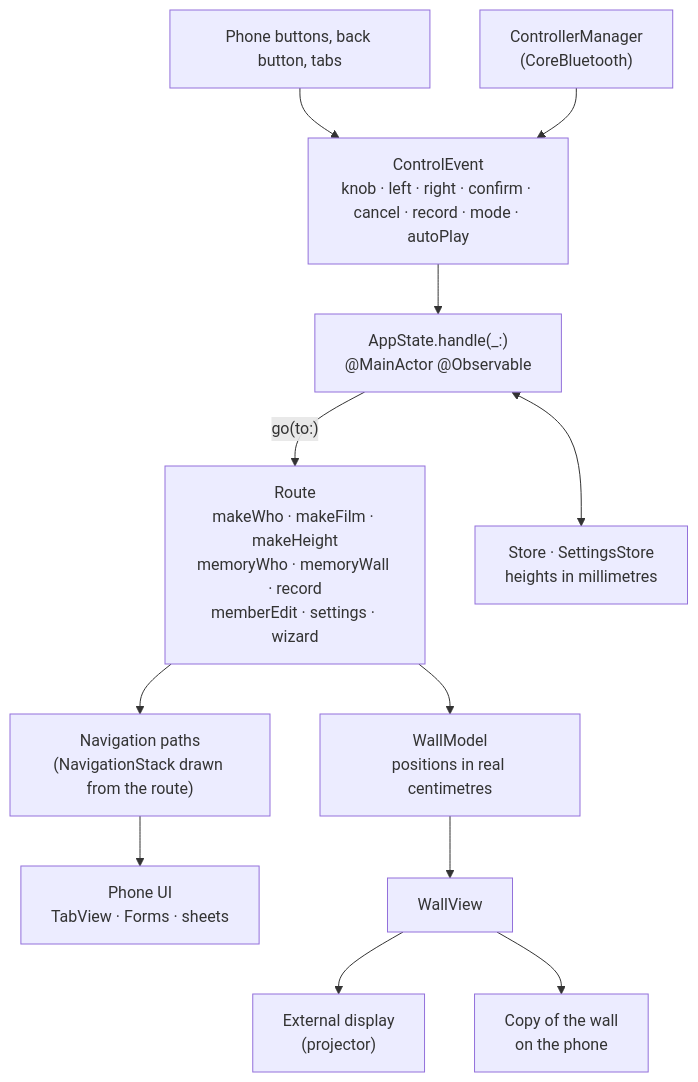
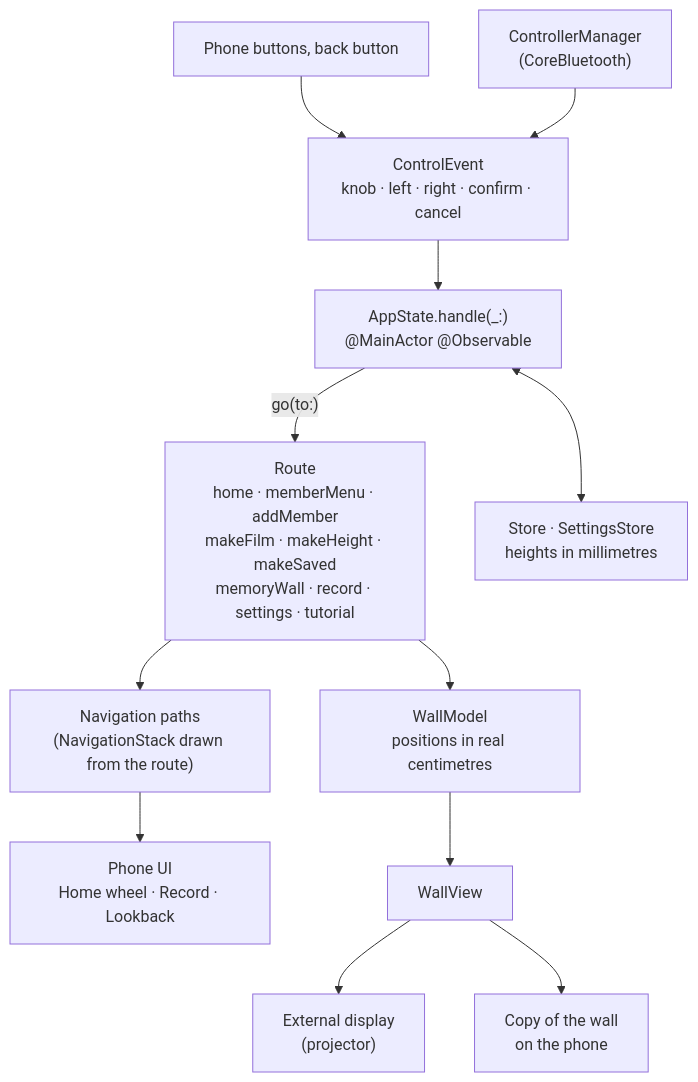
The second of 3 diagrams in README.md (chaneeii/HeightRitual), drawn with Mermaid before and after one commit. The commit also changed other lines of this file and 1 other file, not shown here.

Commit message:
README for the new design: Home wheel, Record and Lookback, v4 controller

````diff
--- a/README.md
+++ b/README.md
@@ -85,15 +86,15 @@
 ```mermaid
 flowchart TB
-    Tap["Phone buttons, back button, tabs"] --> E
+    Tap["Phone buttons, back button"] --> E
     BLE["ControllerManager<br/>(CoreBluetooth)"] --> E
-    E["ControlEvent<br/>knob · left · right · confirm · cancel · record · mode · autoPlay"]
+    E["ControlEvent<br/>knob · left · right · confirm · cancel"]
     E --> S["AppState.handle(_:)<br/>@MainActor @Observable"]
-    S -- "go(to:)" --> R["Route<br/>makeWho · makeFilm · makeHeight<br/>memoryWho · memoryWall · record<br/>memberEdit · settings · wizard"]
+    S -- "go(to:)" --> R["Route<br/>home · memberMenu · addMember<br/>makeFilm · makeHeight · makeSaved<br/>memoryWall · record · settings · tutorial"]
     R --> N["Navigation paths<br/>(NavigationStack drawn from the route)"]
     R --> WM["WallModel<br/>positions in real centimetres"]
-    N --> PhoneUI["Phone UI<br/>TabView · Forms · sheets"]
+    N --> PhoneUI["Phone UI<br/>Home wheel · Record · Lookback"]
     WM --> WallView["WallView"]
     WallView --> Ext["External display<br/>(projector)"]
     WallView --> Copy["Copy of the wall<br/>on the phone"]
     S <--> Model["Store · SettingsStore<br/>heights in millimetres"]
 ```
````
